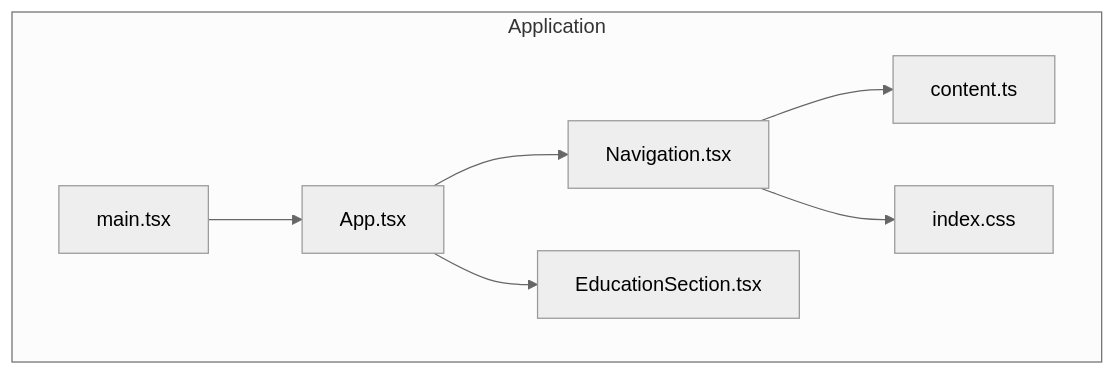
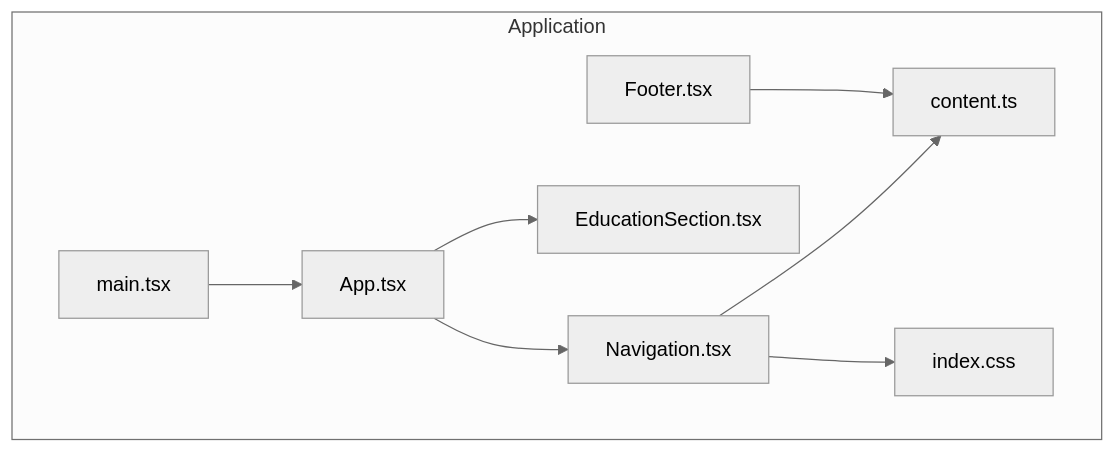
The first of 7 diagrams in .qoder/repowiki/en/content/Component Library & UI Elements/Navigation Component.md (subash7781/Portfolio), drawn with Mermaid (neutral theme) before and after one commit. The commit also changed other lines of this file and 6 other files, not shown here.

````diff
--- a/.qoder/repowiki/en/content/Component Library & UI Elements/Navigation Component.md
+++ b/.qoder/repowiki/en/content/Component Library & UI Elements/Navigation Component.md
@@ -40,16 +42,18 @@
 ```mermaid
 graph TB
 subgraph "Application"
 App["App.tsx"]
 Nav["Navigation.tsx"]
 Content["content.ts"]
 Education["EducationSection.tsx"]
+Footer["Footer.tsx"]
 CSS["index.css"]
 Main["main.tsx"]
 end
 App --> Nav
 App --> Education
 Nav --> Content
 Nav --> CSS
+Footer --> Content
 Main --> App
 ```
````
